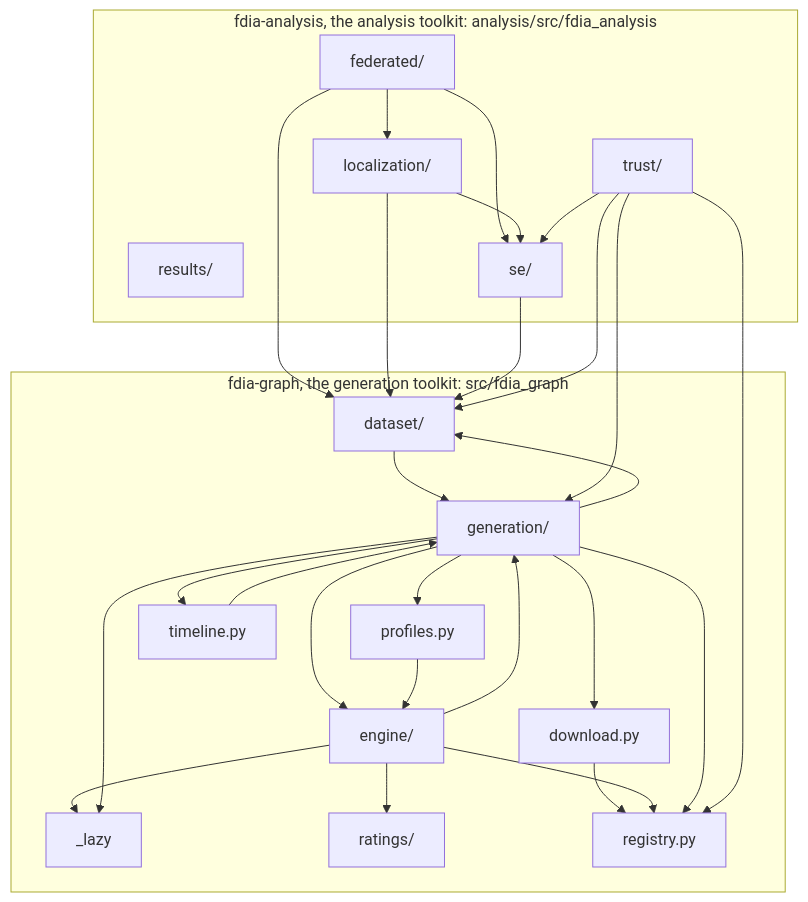
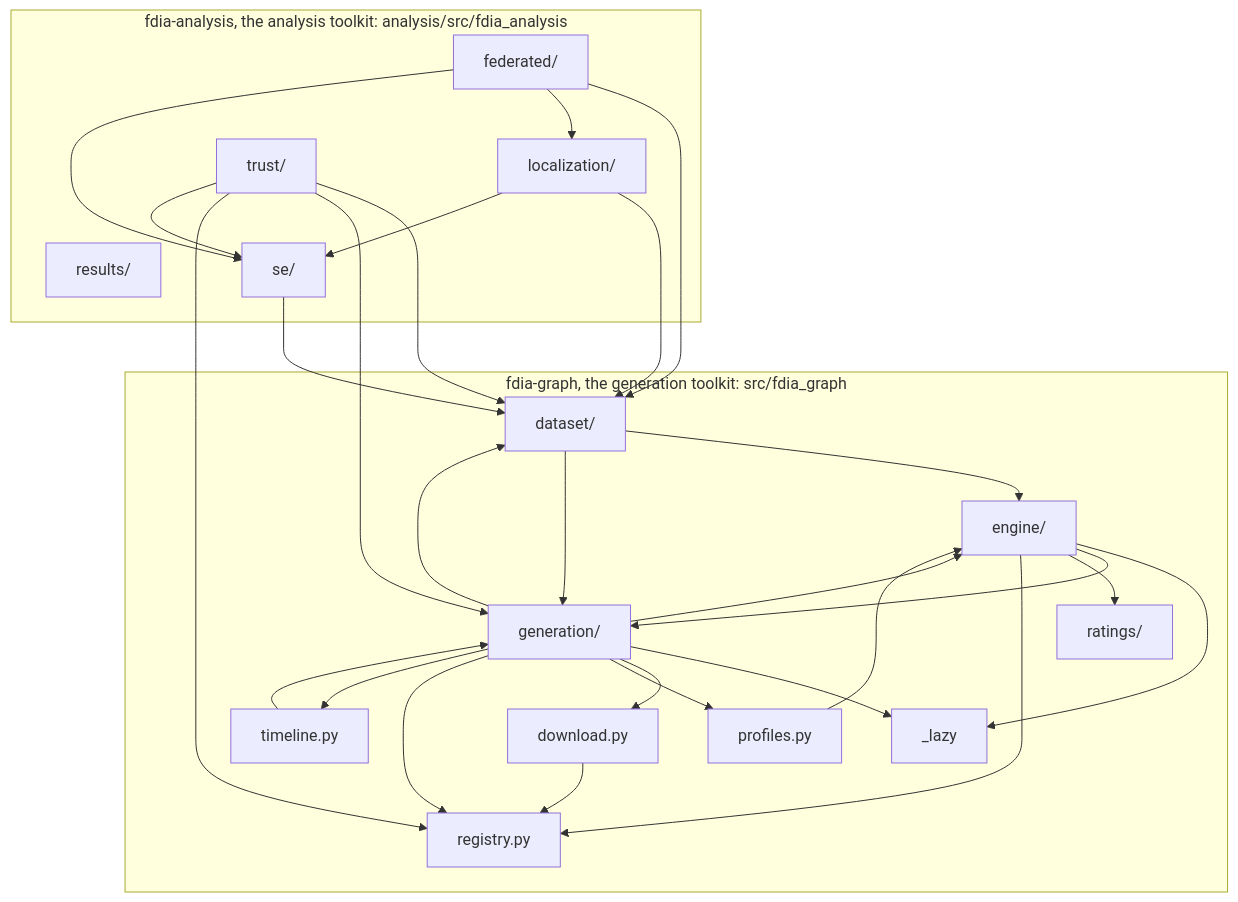
The diagram in docs/figures/diagrams/modules.mmd (myersben9/fdia-graph), drawn with Mermaid before and after one commit. The commit also changed 46 other files, not shown here.

First line of the commit message:
One file layout: a New York timeline is written in the IEEE layout (#248)

```diff
--- a/docs/figures/diagrams/modules.mmd
+++ b/docs/figures/diagrams/modules.mmd
@@ -1,44 +1,45 @@
 flowchart TB
     subgraph fdia_graph["fdia-graph, the generation toolkit: src/fdia_graph"]
         _lazy["_lazy"]
         dataset["dataset/"]
         download["download.py"]
         engine["engine/"]
         generation["generation/"]
         profiles["profiles.py"]
         ratings["ratings/"]
         registry["registry.py"]
         timeline["timeline.py"]
     end
     subgraph fdia_analysis["fdia-analysis, the analysis toolkit: analysis/src/fdia_analysis"]
         federated["federated/"]
         localization["localization/"]
         results["results/"]
         se["se/"]
         trust["trust/"]
     end
+    dataset --> engine
     dataset --> generation
     download --> registry
     engine --> _lazy
     engine --> generation
     engine --> ratings
     engine --> registry
     federated --> dataset
     federated --> localization
     federated --> se
     generation --> _lazy
     generation --> dataset
     generation --> download
     generation --> engine
     generation --> profiles
     generation --> registry
     generation --> timeline
     localization --> dataset
     localization --> se
     profiles --> engine
     se --> dataset
     timeline --> generation
     trust --> dataset
     trust --> generation
     trust --> registry
     trust --> se
```
